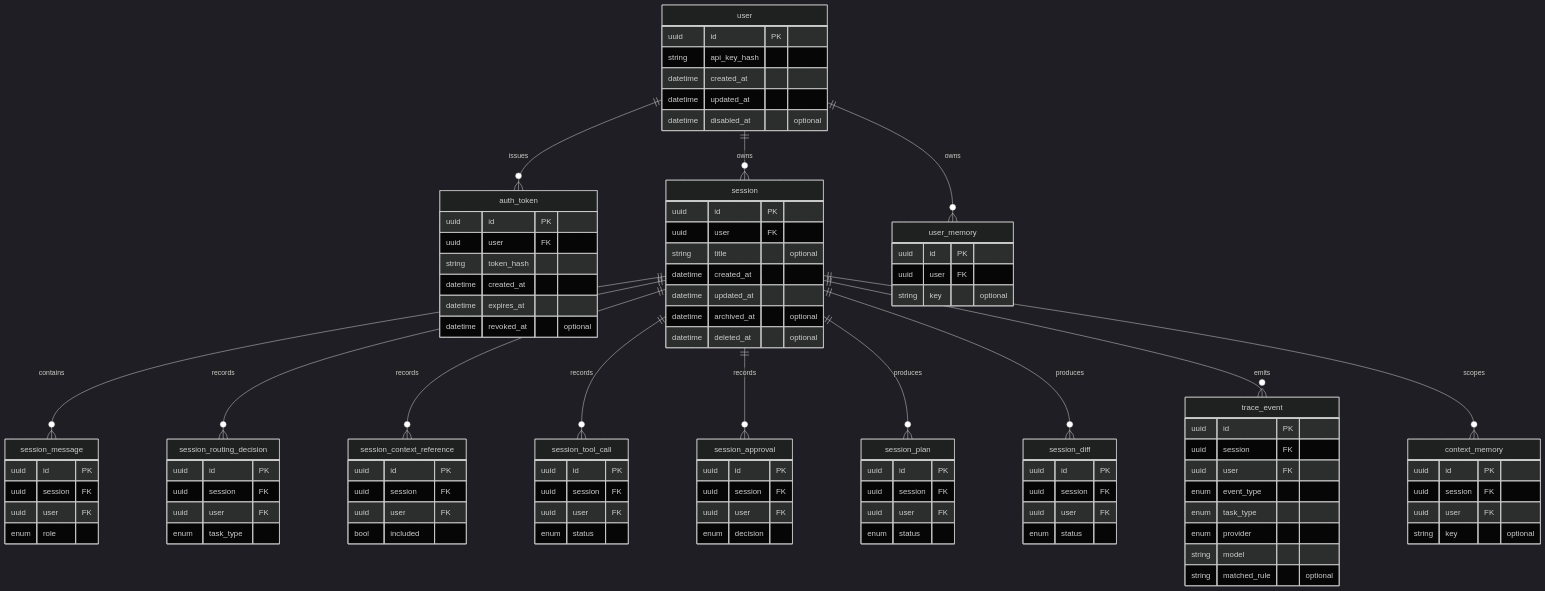
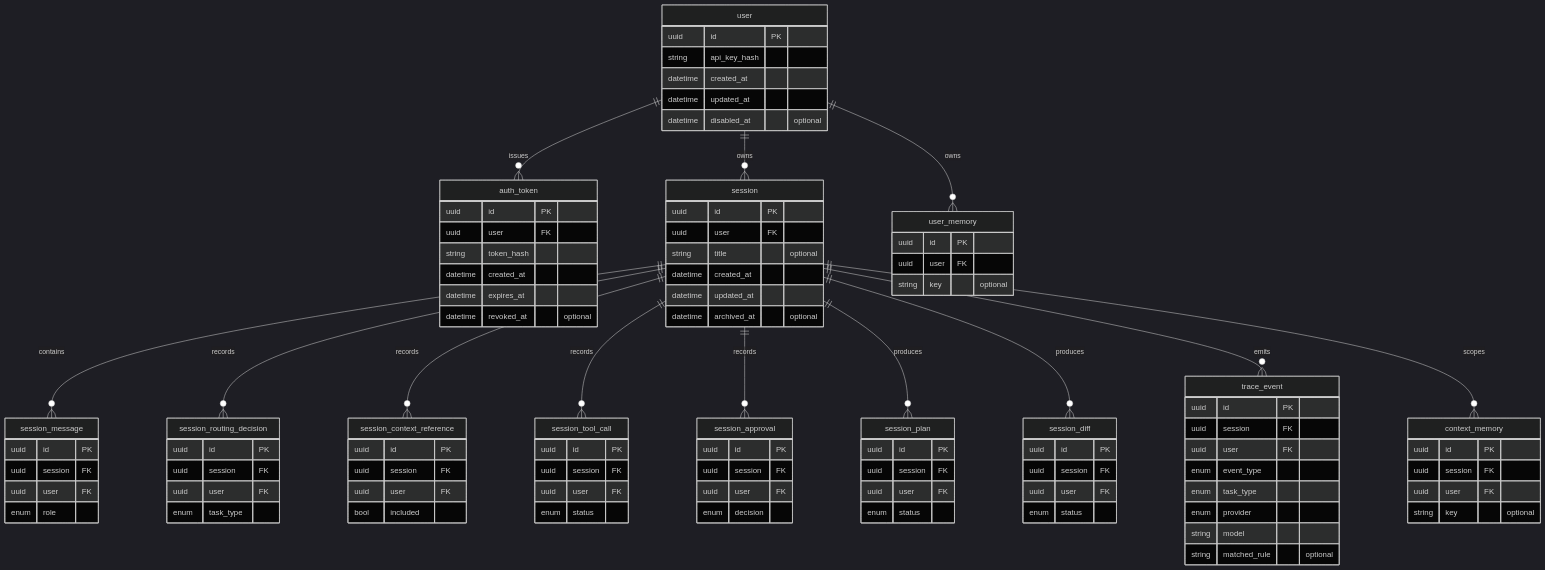
The first of 2 diagrams in docs/technical/schema.md (smista-ai/smista.ai), drawn with Mermaid (dark theme) before and after one commit. The commit also changed other lines of this file and 4 other files, not shown here.

```diff
--- a/docs/technical/schema.md
+++ b/docs/technical/schema.md
@@ -60,7 +60,6 @@
         datetime created_at
         datetime updated_at
         datetime archived_at "optional"
-        datetime deleted_at "optional"
     }
     session_message {
         uuid id PK
```
